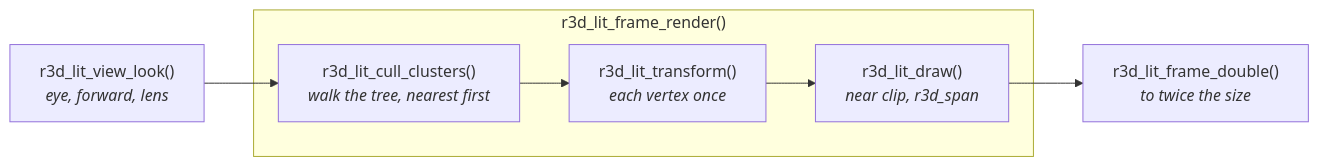
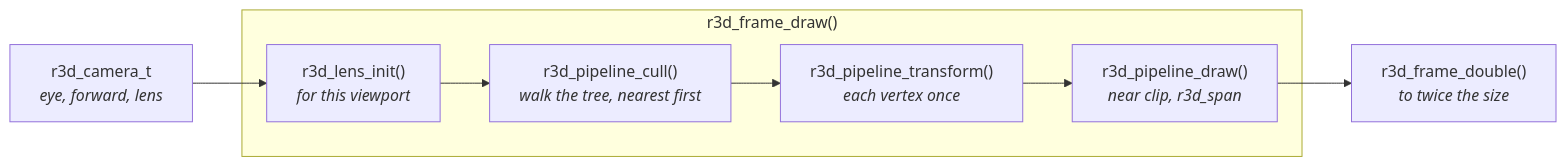
One commit to jose-villegas/autana changed the first of 3 diagrams in docs/Mesh-Rendering.md. Above: the diagram before and after it, drawn with Mermaid. The commit also changed other lines of this file and 46 other files, not shown here.

Commit message:
render: r3d.h is the scene's one header - one camera, r3d_frame_*, internals behind r3d_pipeline.h

````diff
--- a/docs/Mesh-Rendering.md
+++ b/docs/Mesh-Rendering.md
@@ -33,9 +62,10 @@
 ```mermaid
 flowchart LR
-    View["r3d_lit_view_look()<br/><i>eye, forward, lens</i>"] --> Cull
-    subgraph Render["r3d_lit_frame_render()"]
-        Cull["r3d_lit_cull_clusters()<br/><i>walk the tree, nearest first</i>"] --> Transform["r3d_lit_transform()<br/><i>each vertex once</i>"]
-        Transform --> Draw["r3d_lit_draw()<br/><i>near clip, r3d_span</i>"]
+    Camera["r3d_camera_t<br/><i>eye, forward, lens</i>"] --> Lens
+    subgraph Render["r3d_frame_draw()"]
+        Lens["r3d_lens_init()<br/><i>for this viewport</i>"] --> Cull
+        Cull["r3d_pipeline_cull()<br/><i>walk the tree, nearest first</i>"] --> Transform["r3d_pipeline_transform()<br/><i>each vertex once</i>"]
+        Transform --> Draw["r3d_pipeline_draw()<br/><i>near clip, r3d_span</i>"]
     end
-    Draw --> Double["r3d_lit_frame_double()<br/><i>to twice the size</i>"]
+    Draw --> Double["r3d_frame_double()<br/><i>to twice the size</i>"]
 ```
````
